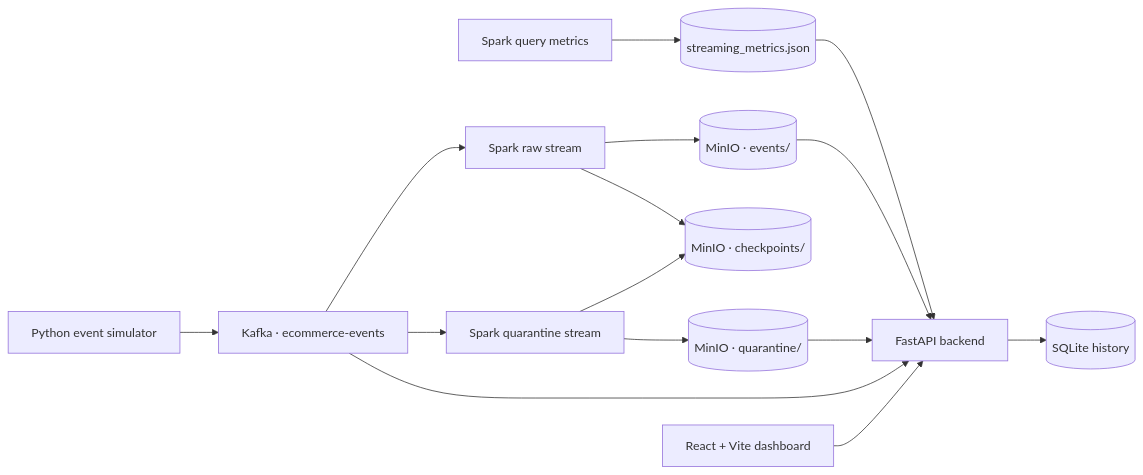
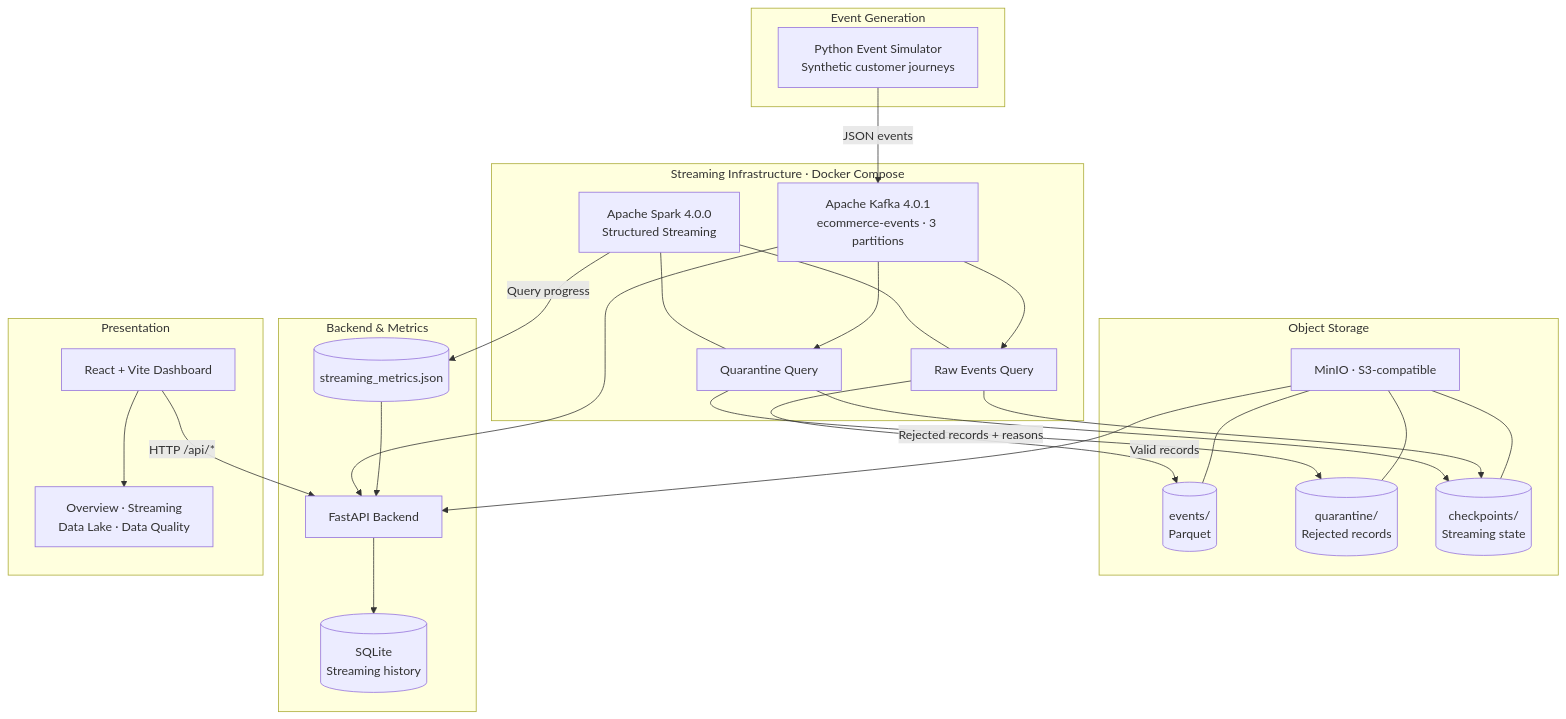
Before and after one commit to sahilsingh12221802/FluxCart-DataOps-And-Streaming-Infrastructure-Platform: the second of 2 diagrams in README.md, drawn with Mermaid. The commit also changed other lines of this file, not shown here.

````diff
--- a/README.md
+++ b/README.md
@@ -13,17 +60,51 @@
 ```mermaid
-flowchart LR
-    SIM["Python event simulator"] --> K["Kafka · ecommerce-events"]
-    K --> RAW["Spark raw stream"]
-    K --> Q["Spark quarantine stream"]
-    RAW --> R[("MinIO · events/")]
-    Q --> X[("MinIO · quarantine/")]
-    RAW --> C[("MinIO · checkpoints/")]
-    Q --> C
-    SP["Spark query metrics"] --> M[("streaming_metrics.json")]
-    M --> API["FastAPI backend"]
-    R --> API
-    X --> API
-    K --> API
-    API --> DB[("SQLite history")]
-    UI["React + Vite dashboard"] --> API
+flowchart TD
+    subgraph SOURCE["Event Generation"]
+        SIM["Python Event Simulator<br/>Synthetic customer journeys"]
+    end
+
+    subgraph STREAM["Streaming Infrastructure · Docker Compose"]
+        KAFKA["Apache Kafka 4.0.1<br/>ecommerce-events · 3 partitions"]
+        SPARK["Apache Spark 4.0.0<br/>Structured Streaming"]
+        RAW["Raw Events Query"]
+        QUAR["Quarantine Query"]
+        KAFKA --> RAW
+        KAFKA --> QUAR
+        SPARK --- RAW
+        SPARK --- QUAR
+    end
+
+    subgraph STORAGE["Object Storage"]
+        MINIO["MinIO · S3-compatible"]
+        EVENTS[("events/<br/>Parquet")]
+        REJECTED[("quarantine/<br/>Rejected records")]
+        CHECKPOINTS[("checkpoints/<br/>Streaming state")]
+        MINIO --- EVENTS
+        MINIO --- REJECTED
+        MINIO --- CHECKPOINTS
+    end
+
+    subgraph SERVICES["Backend & Metrics"]
+        METRICS[("streaming_metrics.json")]
+        API["FastAPI Backend"]
+        HISTORY[("SQLite<br/>Streaming history")]
+        API --> HISTORY
+    end
+
+    subgraph FRONTEND["Presentation"]
+        UI["React + Vite Dashboard"]
+        PAGES["Overview · Streaming<br/>Data Lake · Data Quality"]
+        UI --> PAGES
+    end
+
+    SIM -->|"JSON events"| KAFKA
+    RAW -->|"Valid records"| EVENTS
+    QUAR -->|"Rejected records + reasons"| REJECTED
+    RAW --> CHECKPOINTS
+    QUAR --> CHECKPOINTS
+    SPARK -->|"Query progress"| METRICS
+    METRICS --> API
+    MINIO --> API
+    KAFKA --> API
+    UI -->|"HTTP /api/*"| API
 ```
````
